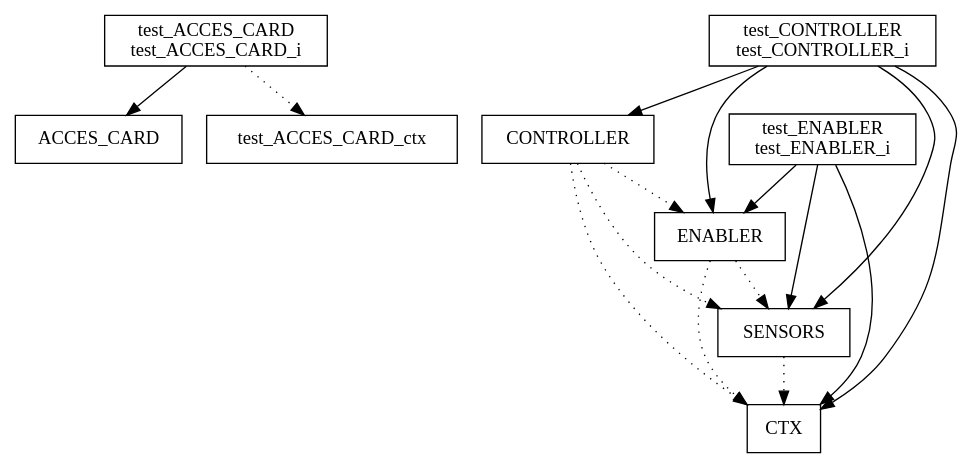
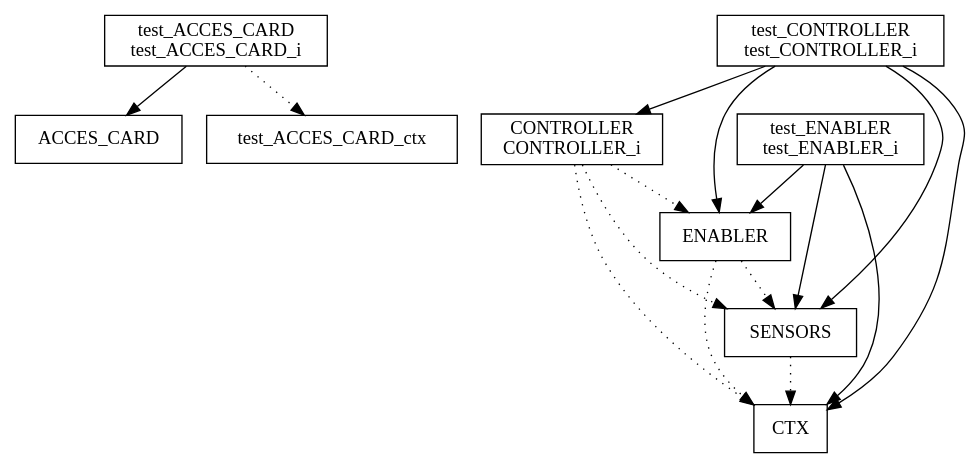
One commit to JoabUrbano/Hackathon_CLEARSY_2025 changed the diagram in bdp/rackathom.dot. Above: the diagram before and after it, drawn with Graphviz. The commit also changed 40 other files, not shown here.

```diff
--- a/bdp/rackathom.dot
+++ b/bdp/rackathom.dot
@@ -1,27 +1,27 @@
 digraph {
 ACCES_CARD [ label=" ACCES_CARD " shape= box ]
-CONTROLLER [ label=" CONTROLLER " shape= box ]
+CONTROLLER_i [ label=" CONTROLLER\nCONTROLLER_i " shape= box ]
 CTX [ label=" CTX " shape= box ]
 ENABLER [ label=" ENABLER " shape= box ]
 SENSORS [ label=" SENSORS " shape= box ]
 test_ACCES_CARD_ctx [ label=" test_ACCES_CARD_ctx " shape= box ]
 test_ACCES_CARD_i [ label=" test_ACCES_CARD\ntest_ACCES_CARD_i " shape= box ]
 test_CONTROLLER_i [ label=" test_CONTROLLER\ntest_CONTROLLER_i " shape= box ]
 test_ENABLER_i [ label=" test_ENABLER\ntest_ENABLER_i " shape= box ]
 
-"CONTROLLER" -> "CTX" [style= dotted ]
-"CONTROLLER" -> "SENSORS" [style= dotted ]
-"CONTROLLER" -> "ENABLER" [style= dotted ]
+"CONTROLLER_i" -> "CTX" [style= dotted ]
+"CONTROLLER_i" -> "SENSORS" [style= dotted ]
+"CONTROLLER_i" -> "ENABLER" [style= dotted ]
 "ENABLER" -> "CTX" [style= dotted ]
 "ENABLER" -> "SENSORS" [style= dotted ]
 "SENSORS" -> "CTX" [style= dotted ]
 "test_ACCES_CARD_i" -> "test_ACCES_CARD_ctx" [style= dotted ]
 "test_ACCES_CARD_i" -> "ACCES_CARD" []
 "test_CONTROLLER_i" -> "CTX" []
 "test_CONTROLLER_i" -> "SENSORS" []
 "test_CONTROLLER_i" -> "ENABLER" []
-"test_CONTROLLER_i" -> "CONTROLLER" []
+"test_CONTROLLER_i" -> "CONTROLLER_i" []
 "test_ENABLER_i" -> "CTX" []
 "test_ENABLER_i" -> "SENSORS" []
 "test_ENABLER_i" -> "ENABLER" []
 }
```
